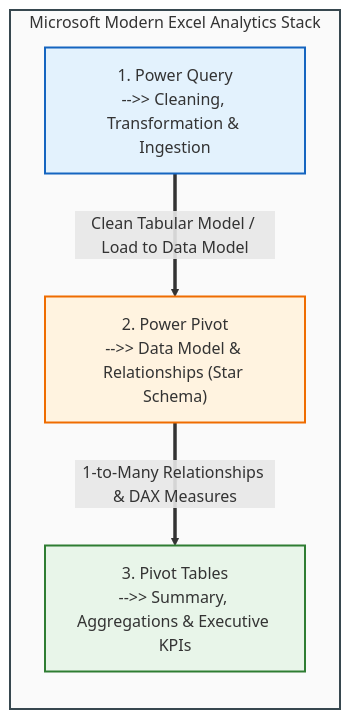
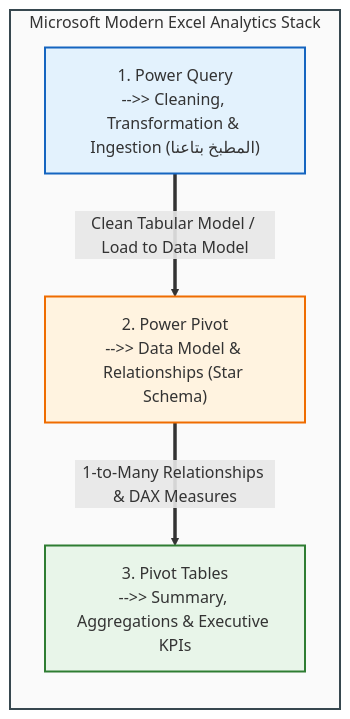
Before and after one commit to Sohila-Khaled-Abbas/COURSE-EXCEL-ZERO-TO-HERO: the third of 7 diagrams in 02_Notes/08_Power_Query_and_M/01_Power_Query_Fundamentals_and_ETL.md, drawn with Mermaid. The commit also changed other lines of this file and 11 other files, not shown here.

Commit message:
feat(module-8): sync Power Query & M notes with Module_8_Demo.xlsx and automate publication

````diff
--- a/02_Notes/08_Power_Query_and_M/01_Power_Query_Fundamentals_and_ETL.md
+++ b/02_Notes/08_Power_Query_and_M/01_Power_Query_Fundamentals_and_ETL.md
@@ -136,17 +152,17 @@
 ```mermaid
 flowchart TD
     subgraph WB ["Microsoft Modern Excel Analytics Stack"]
         direction TB
-        PQ["1. Power Query\n-->> Cleaning, Transformation & Ingestion"]
+        PQ["1. Power Query\n-->> Cleaning, Transformation & Ingestion (المطبخ بتاعنا)"]
         PP["2. Power Pivot\n-->> Data Model & Relationships (Star Schema)"]
         PT["3. Pivot Tables\n-->> Summary, Aggregations & Executive KPIs"]
         
         PQ ==>|"Clean Tabular Model / Load to Data Model"| PP
         PP ==>|"1-to-Many Relationships & DAX Measures"| PT
     end
 
     style WB fill:#fafafa,stroke:#37474f,stroke-width:2px
     style PQ fill:#e3f2fd,stroke:#1565c0,stroke-width:2px
     style PP fill:#fff3e0,stroke:#ef6c00,stroke-width:2px
     style PT fill:#e8f5e9,stroke:#2e7d32,stroke-width:2px
 ```
````
